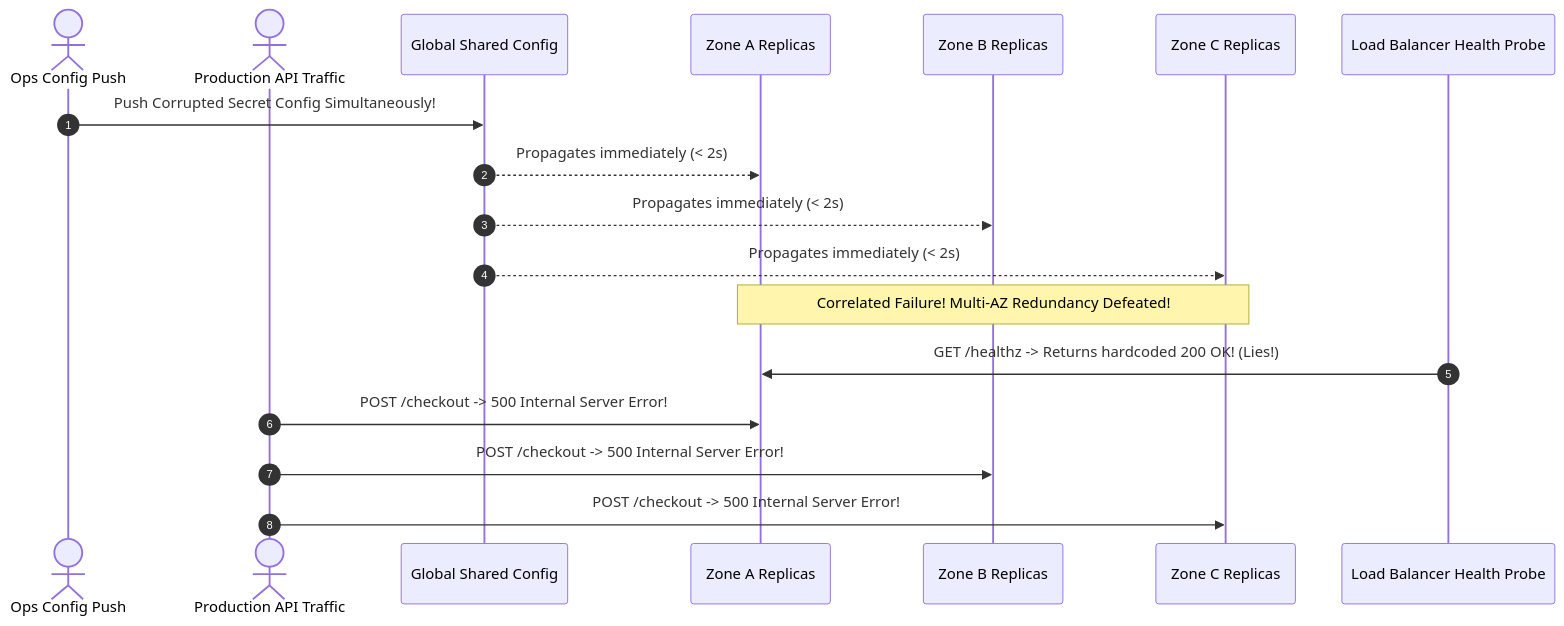
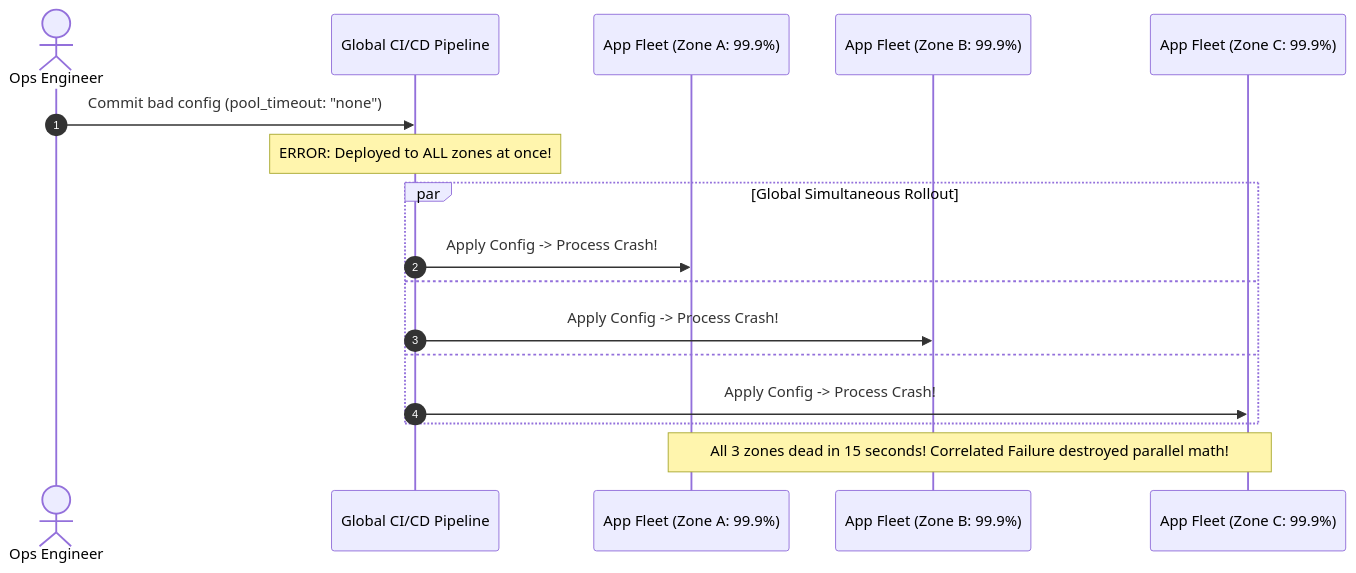
One commit to TapanKumarBarik/Backend-roadmap changed the second of 2 diagrams in content/system-design/01-core-fundamentals/10-availability/README.md. Above: the diagram before and after it, drawn with Mermaid. The commit also changed other lines of this file and 3 other files, not shown here.

````diff
--- a/content/system-design/01-core-fundamentals/10-availability/README.md
+++ b/content/system-design/01-core-fundamentals/10-availability/README.md
@@ -92,23 +162,20 @@
 ```mermaid
 sequenceDiagram
     autonumber
-    actor Operator as Ops Config Push
-    actor Users as Production API Traffic
-    participant Consul as Global Shared Config
-    participant AZ_A as Zone A Replicas
-    participant AZ_B as Zone B Replicas
-    participant AZ_C as Zone C Replicas
-    participant LB as Load Balancer Health Probe
+    actor Dev as Ops Engineer
+    participant CD as Global CI/CD Pipeline
+    participant ZoneA as App Fleet (Zone A: 99.9%)
+    participant ZoneB as App Fleet (Zone B: 99.9%)
+    participant ZoneC as App Fleet (Zone C: 99.9%)
 
-    Operator->>Consul: Push Corrupted Secret Config Simultaneously!
-    Consul-->>AZ_A: Propagates immediately (< 2s)
-    Consul-->>AZ_B: Propagates immediately (< 2s)
-    Consul-->>AZ_C: Propagates immediately (< 2s)
-
-    Note over AZ_A,AZ_C: Correlated Failure! Multi-AZ Redundancy Defeated!
-
-    LB->>AZ_A: GET /healthz -> Returns hardcoded 200 OK! (Lies!)
-    Users->>AZ_A: POST /checkout -> 500 Internal Server Error!
-    Users->>AZ_B: POST /checkout -> 500 Internal Server Error!
-    Users->>AZ_C: POST /checkout -> 500 Internal Server Error!
+    Dev->>CD: Commit bad config (pool_timeout: "none")
+    Note over CD: ERROR: Deployed to ALL zones at once!
+    par Global Simultaneous Rollout
+        CD->>ZoneA: Apply Config -> Process Crash!
+    and
+        CD->>ZoneB: Apply Config -> Process Crash!
+    and
+        CD->>ZoneC: Apply Config -> Process Crash!
+    end
+    Note over ZoneA,ZoneC: All 3 zones dead in 15 seconds! Correlated Failure destroyed parallel math!
 ```
````
